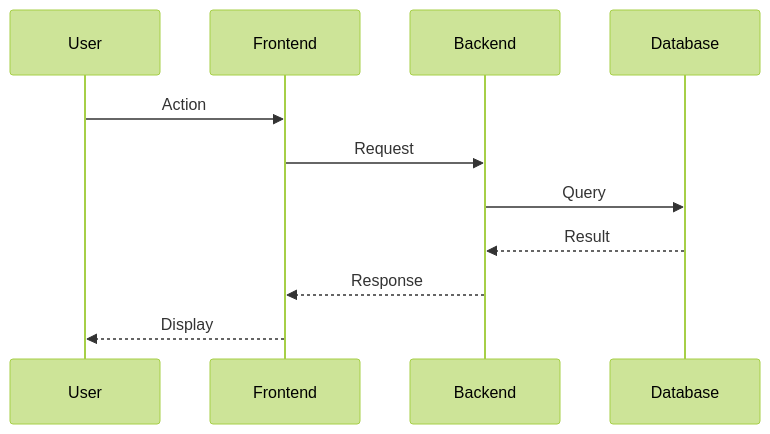
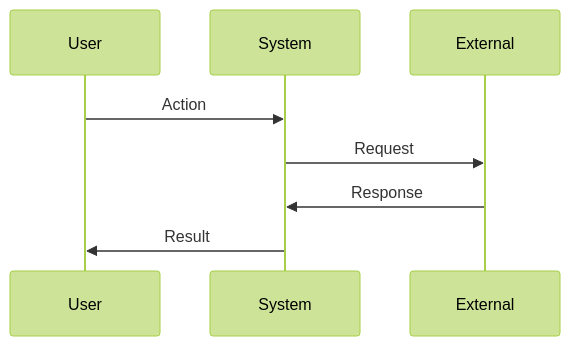
One commit to tzachbon/ralph-specum changed the second of 2 diagrams in templates/design.md. Above: the diagram before and after it, drawn with Mermaid (forest theme). The commit also changed other lines of this file and 13 other files, not shown here.

````diff
--- a/templates/design.md
+++ b/templates/design.md
@@ -21,14 +36,10 @@
 ```mermaid
 sequenceDiagram
     participant User
-    participant Frontend
-    participant Backend
-    participant Database
-
-    User->>Frontend: Action
-    Frontend->>Backend: Request
-    Backend->>Database: Query
-    Database-->>Backend: Result
-    Backend-->>Frontend: Response
-    Frontend-->>User: Display
+    participant System
+    participant External
+    User->>System: Action
+    System->>External: Request
+    External->>System: Response
+    System->>User: Result
 ```
````
